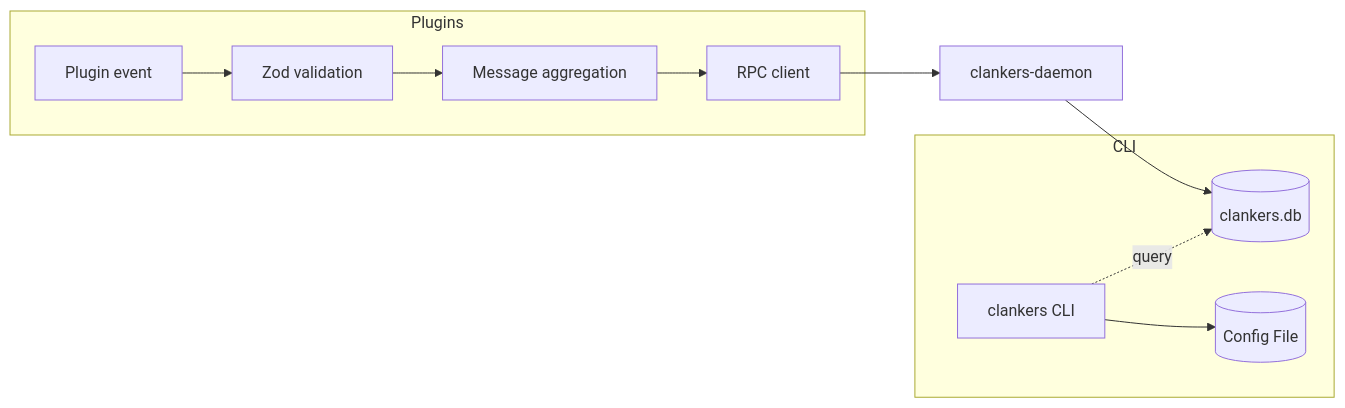
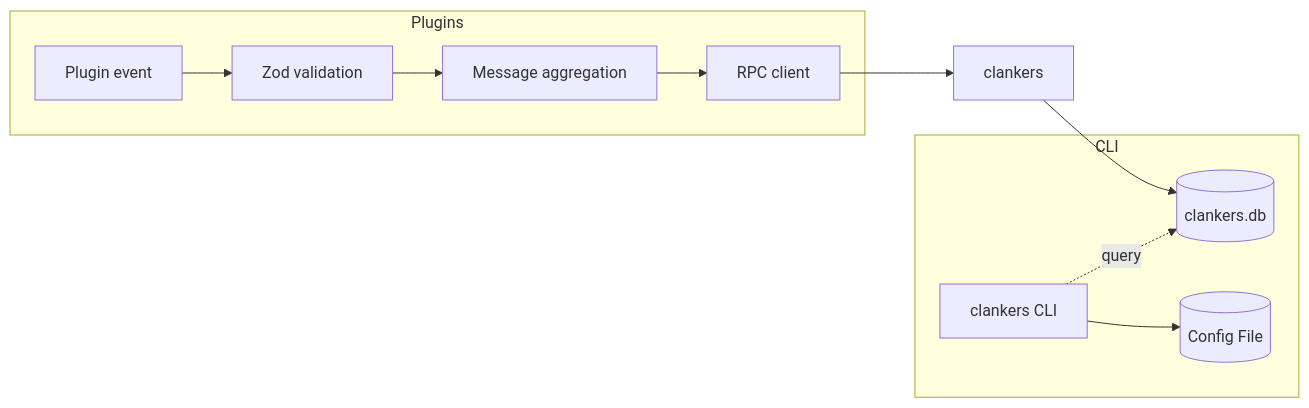
The diagram in lode/summary.md (dxta-dev/clankers), drawn with Mermaid before and after one commit. The commit also changed other lines of this file and 17 other files, not shown here.

````diff
--- a/lode/summary.md
+++ b/lode/summary.md
@@ -27,16 +27,16 @@
 ```mermaid
 flowchart LR
   subgraph "Plugins"
     Event[Plugin event] --> Zod[Zod validation]
     Zod --> Aggregation[Message aggregation]
     Aggregation --> Rpc[RPC client]
   end
 
-  Rpc --> Daemon[clankers-daemon]
+  Rpc --> Daemon[clankers]
   Daemon --> SQLite[(clankers.db)]
 
   subgraph "CLI"
     Cli[clankers CLI] --> Config[(Config File)]
     Cli -.->|query| SQLite
   end
 ```
````
